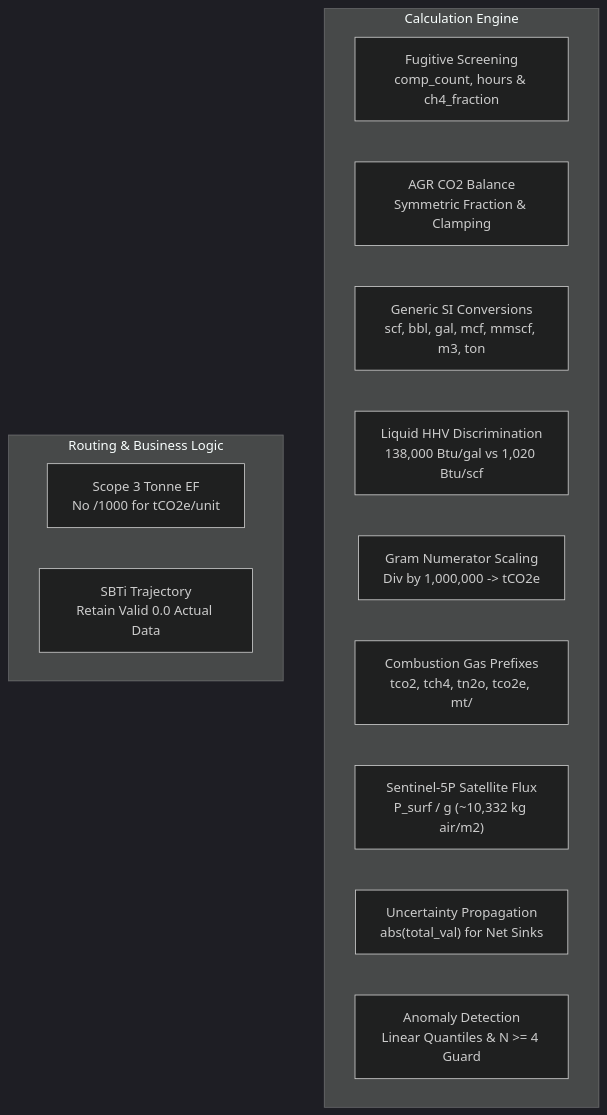
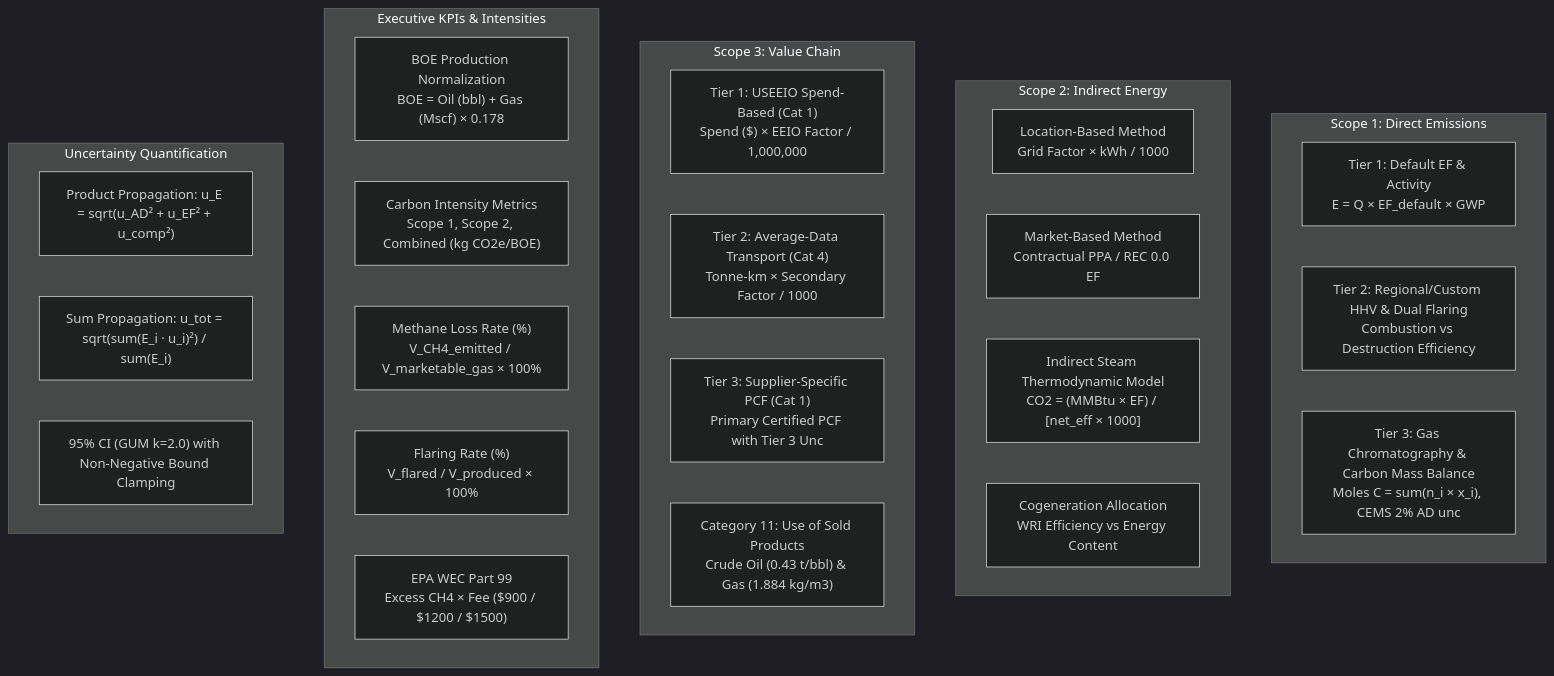
Before and after one commit to kaljah/kaljah.github.io: the diagram in brain/5109de9b-129e-4d68-b37b-f863ff35ded0/walkthrough.md, drawn with Mermaid (dark theme). The commit also changed other lines of this file and 303 other files, not shown here.

````diff
--- a/brain/5109de9b-129e-4d68-b37b-f863ff35ded0/walkthrough.md
+++ b/brain/5109de9b-129e-4d68-b37b-f863ff35ded0/walkthrough.md
@@ -12,18 +12,36 @@
 ```mermaid
-flowchart TD
-    subgraph Calculation Engine
-        F1["Fugitive Screening<br/>comp_count, hours & ch4_fraction"]
-        F2["AGR CO2 Balance<br/>Symmetric Fraction & Clamping"]
-        F3["Generic SI Conversions<br/>scf, bbl, gal, mcf, mmscf, m3, ton"]
-        F4["Liquid HHV Discrimination<br/>138,000 Btu/gal vs 1,020 Btu/scf"]
-        F5["Gram Numerator Scaling<br/>Div by 1,000,000 -> tCO2e"]
-        F6["Combustion Gas Prefixes<br/>tco2, tch4, tn2o, tco2e, mt/"]
-        F7["Sentinel-5P Satellite Flux<br/>P_surf / g (~10,332 kg air/m2)"]
-        F8["Uncertainty Propagation<br/>abs(total_val) for Net Sinks"]
-        F9["Anomaly Detection<br/>Linear Quantiles & N >= 4 Guard"]
+graph TD
+    subgraph Scope 1: Direct Emissions
+        S1T1["Tier 1: Default EF & Activity<br/>E = Q × EF_default × GWP"]
+        S1T2["Tier 2: Regional/Custom HHV & Dual Flaring<br/>Combustion vs Destruction Efficiency"]
+        S1T3["Tier 3: Gas Chromatography & Carbon Mass Balance<br/>Moles C = sum(n_i × x_i), CEMS 2% AD unc"]
     end
-    subgraph Routing & Business Logic
-        F10["Scope 3 Tonne EF<br/>No /1000 for tCO2e/unit"]
-        F11["SBTi Trajectory<br/>Retain Valid 0.0 Actual Data"]
+
+    subgraph Scope 2: Indirect Energy
+        S2LB["Location-Based Method<br/>Grid Factor × kWh / 1000"]
+        S2MB["Market-Based Method<br/>Contractual PPA / REC 0.0 EF"]
+        S2ST["Indirect Steam Thermodynamic Model<br/>CO2 = (MMBtu × EF) / [net_eff × 1000]"]
+        S2CH["Cogeneration Allocation<br/>WRI Efficiency vs Energy Content"]
+    end
+
+    subgraph Scope 3: Value Chain
+        S3T1["Tier 1: USEEIO Spend-Based (Cat 1)<br/>Spend ($) × EEIO Factor / 1,000,000"]
+        S3T2["Tier 2: Average-Data Transport (Cat 4)<br/>Tonne-km × Secondary Factor / 1000"]
+        S3T3["Tier 3: Supplier-Specific PCF (Cat 1)<br/>Primary Certified PCF with Tier 3 Unc"]
+        S3C11["Category 11: Use of Sold Products<br/>Crude Oil (0.43 t/bbl) & Gas (1.884 kg/m3)"]
+    end
+
+    subgraph Executive KPIs & Intensities
+        KPI_BOE["BOE Production Normalization<br/>BOE = Oil (bbl) + Gas (Mscf) × 0.178"]
+        KPI_CI["Carbon Intensity Metrics<br/>Scope 1, Scope 2, Combined (kg CO2e/BOE)"]
+        KPI_CH4["Methane Loss Rate (%)<br/>V_CH4_emitted / V_marketable_gas × 100%"]
+        KPI_FLARE["Flaring Rate (%)<br/>V_flared / V_produced × 100%"]
+        KPI_WEC["EPA WEC Part 99<br/>Excess CH4 × Fee ($900 / $1200 / $1500)"]
+    end
+
+    subgraph Uncertainty Quantification
+        UNC_PRD["Product Propagation: u_E = sqrt(u_AD² + u_EF² + u_comp²)"]
+        UNC_SUM["Sum Propagation: u_tot = sqrt(sum(E_i · u_i)²) / sum(E_i)"]
+        UNC_CI["95% CI (GUM k=2.0) with Non-Negative Bound Clamping"]
     end
 ```
````
